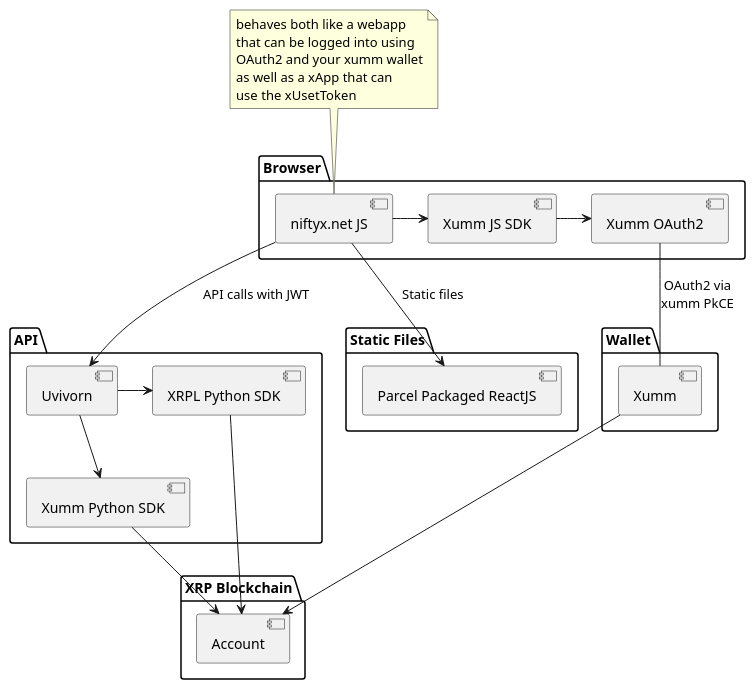
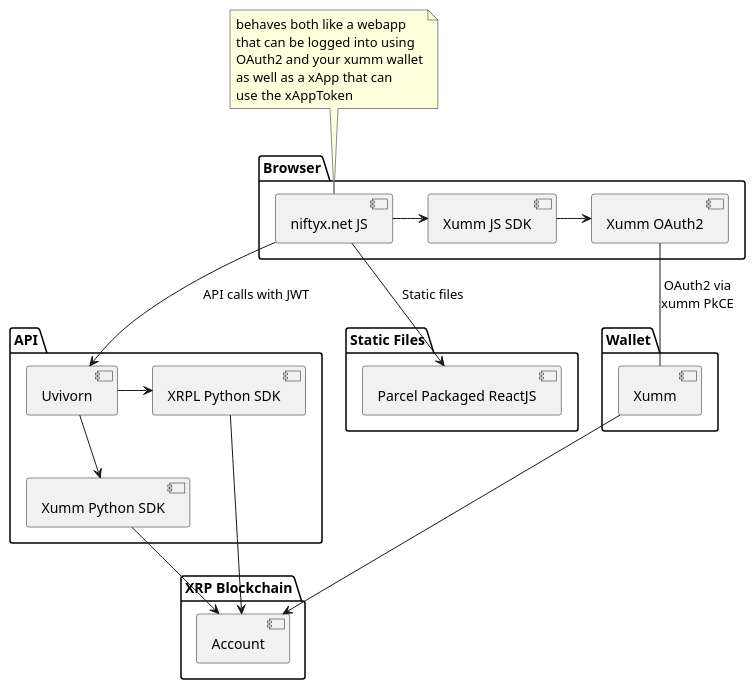
The diagram in docs/puml/core-components.puml (claytantor/niftyx-poc), drawn with PlantUML before and after one commit.

Commit message:
change to xAppToken

```diff
--- a/docs/puml/core-components.puml
+++ b/docs/puml/core-components.puml
@@ -1,50 +1,50 @@
 @startuml
 
 package "Browser" {
     [niftyx.net JS] as browser
     [Xumm JS SDK] as xumm_browser
     [Xumm OAuth2] as oauth2
 }
 
 
 package "Static Files" {
     [Parcel Packaged ReactJS] as webapp
 }
 
 package "API" {
     [Uvivorn] as api
     [Xumm Python SDK] as xumm_py
     [XRPL Python SDK] as xrpl_py
 }
 
 package "XRP Blockchain" {
     [Account] as account
 }
 
 package "Wallet" {
     [Xumm] as wallet
 }
 
 browser->xumm_browser
 note top of browser
 behaves both like a webapp
 that can be logged into using
 OAuth2 and your xumm wallet
 as well as a xApp that can
-use the xUsetToken 
+use the xAppToken 
 end note
 
 xumm_browser->oauth2
 browser-->api: API calls with JWT
 browser-->webapp: Static files
 api-->xumm_py
 api->xrpl_py
 xumm_py-->account
 xrpl_py-->account
 
 wallet-->account
 
 oauth2--wallet: OAuth2 via\nxumm PkCE
 
 
 @enduml
```
